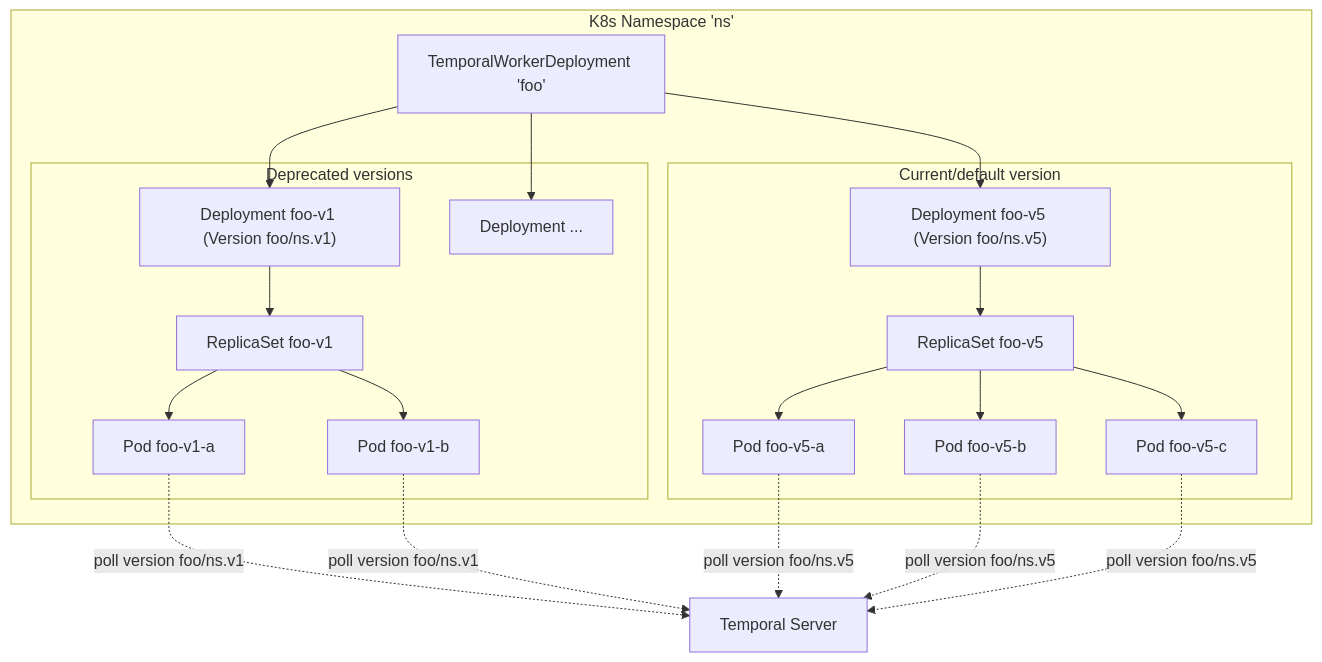
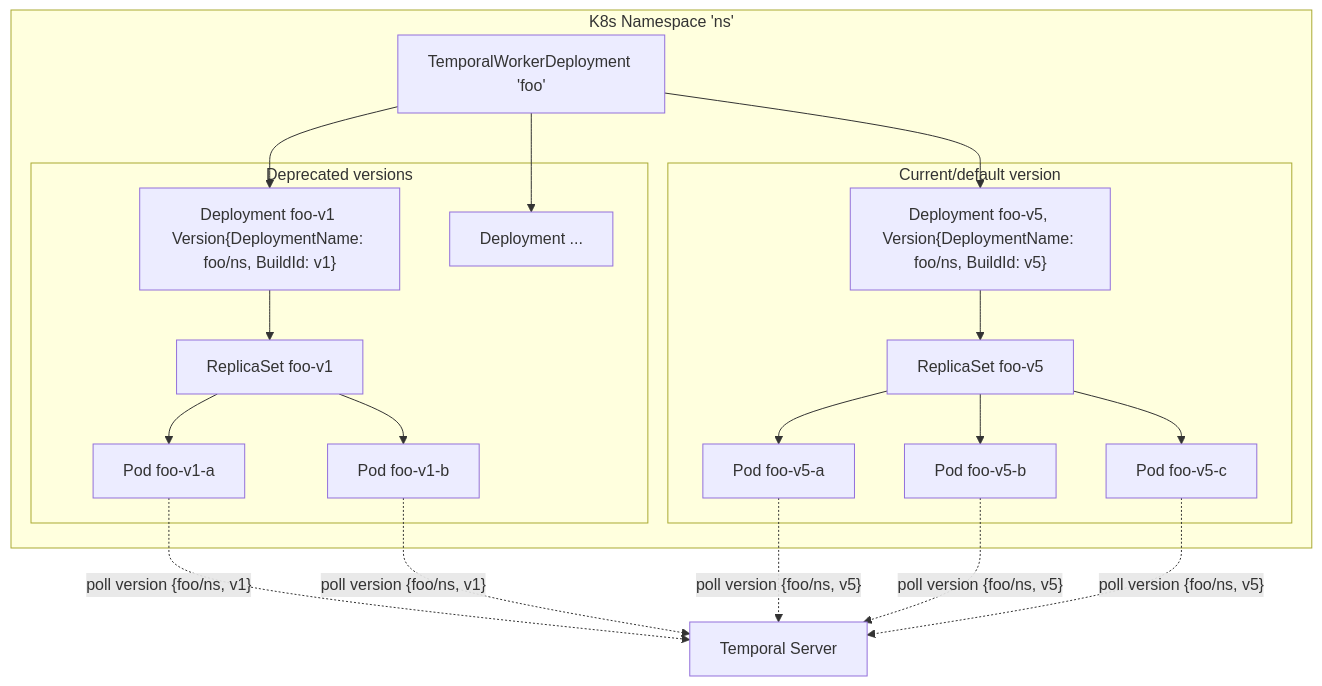
The first of 2 diagrams in README.md (shashwatsuri/temporal-worker-controller), drawn with Mermaid before and after one commit. The commit also changed other lines of this file, not shown here.

````diff
--- a/README.md
+++ b/README.md
@@ -73,43 +67,43 @@
 ```mermaid
 flowchart TD
     subgraph "K8s Namespace 'ns'"
       twd[TemporalWorkerDeployment 'foo']
       
       subgraph "Current/default version"
-        d5["Deployment foo-v5 (Version foo/ns.v5)"]
+        d5["Deployment foo-v5, Version{DeploymentName: foo/ns, BuildId: v5}"]
         rs5["ReplicaSet foo-v5"]
         p5a["Pod foo-v5-a"]
         p5b["Pod foo-v5-b"]
         p5c["Pod foo-v5-c"]
         d5 --> rs5
         rs5 --> p5a
         rs5 --> p5b
         rs5 --> p5c
       end
 
       subgraph "Deprecated versions"
-        d1["Deployment foo-v1 (Version foo/ns.v1)"]
+        d1["Deployment foo-v1 Version{DeploymentName: foo/ns, BuildId: v1}"]
         rs1["ReplicaSet foo-v1"]
         p1a["Pod foo-v1-a"]
         p1b["Pod foo-v1-b"]
         d1 --> rs1
         rs1 --> p1a
         rs1 --> p1b
 
         dN["Deployment ..."]
       end
     end  
 
     twd --> d1
     twd --> dN
     twd --> d5
 
-    p1a -. "poll version foo/ns.v1" .-> server
-    p1b -. "poll version foo/ns.v1" .-> server
+    p1a -. "poll version {foo/ns, v1}" .-> server
+    p1b -. "poll version {foo/ns, v1}" .-> server
 
-    p5a -. "poll version foo/ns.v5" .-> server
-    p5b -. "poll version foo/ns.v5" .-> server
-    p5c -. "poll version foo/ns.v5" .-> server
+    p5a -. "poll version {foo/ns, v5}" .-> server
+    p5b -. "poll version {foo/ns, v5}" .-> server
+    p5c -. "poll version {foo/ns, v5}" .-> server
 
     server["Temporal Server"]
 ```
````
